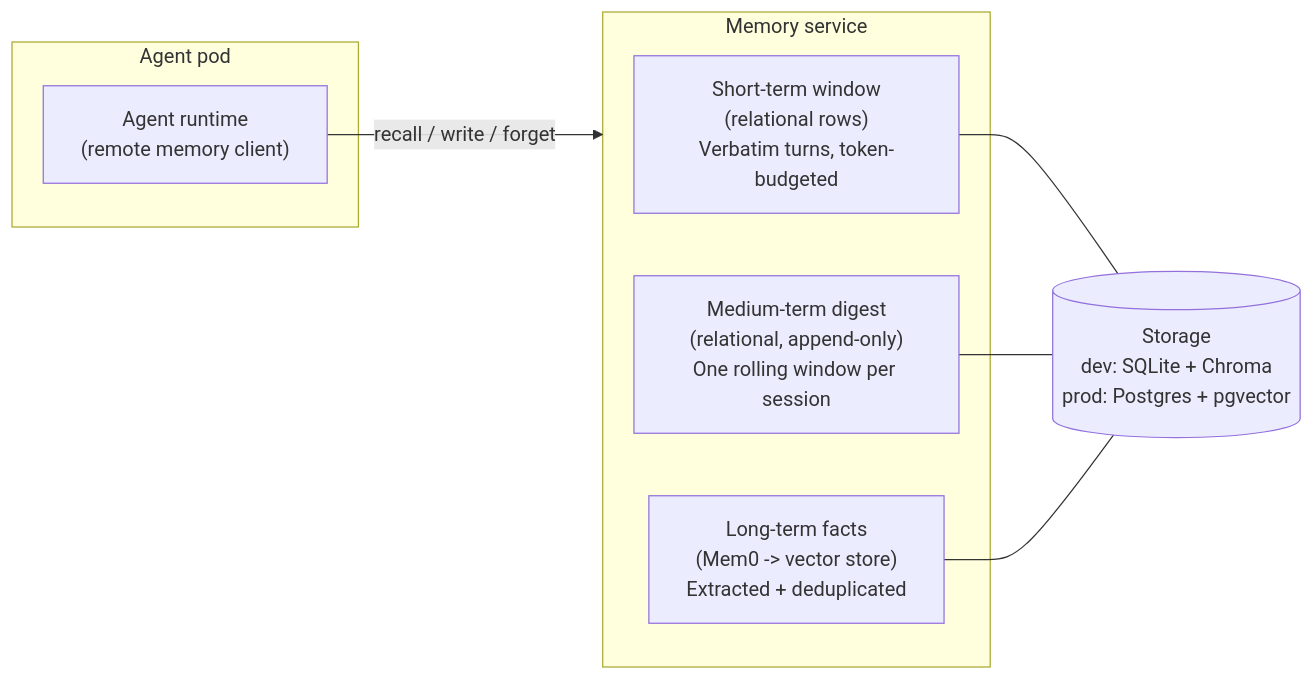
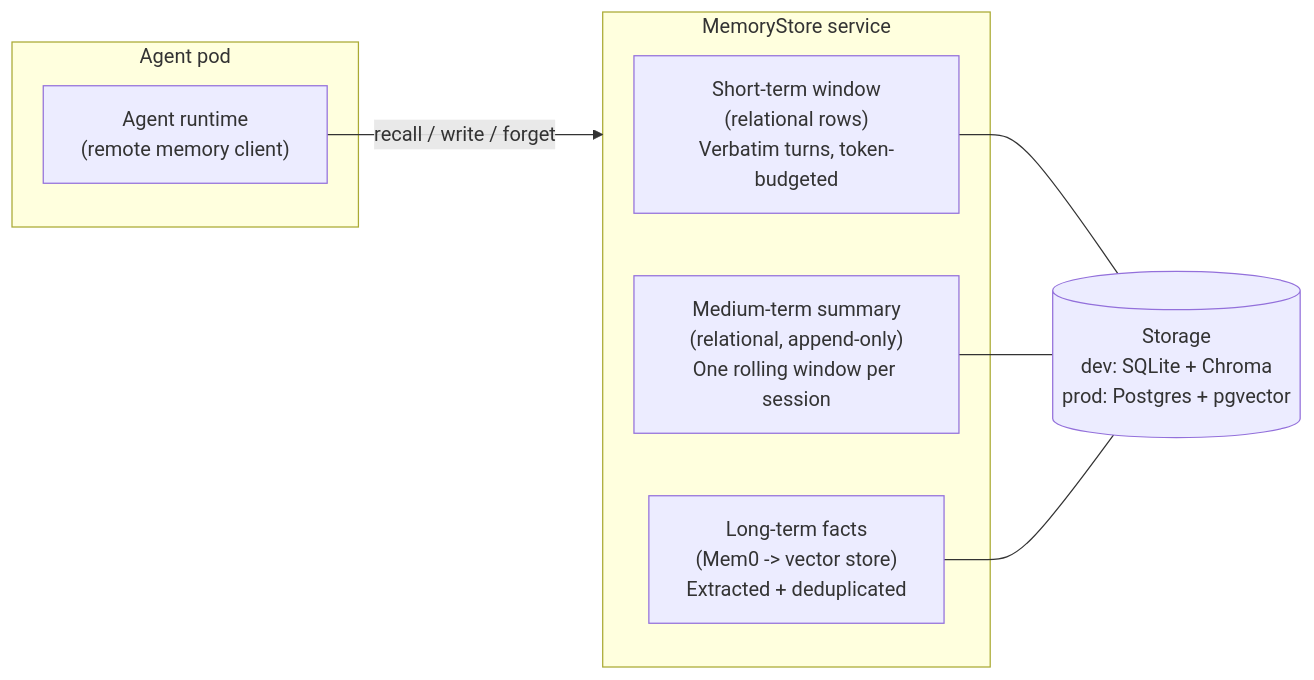
Before and after one commit to axsaucedo/kaos-adrs: the first of 3 diagrams in memory/blog/BLOGPOST_DRAFT_4.md, drawn with Mermaid. The commit also changed other lines of this file, not shown here.

````diff
--- a/memory/blog/BLOGPOST_DRAFT_4.md
+++ b/memory/blog/BLOGPOST_DRAFT_4.md
@@ -193,16 +206,16 @@
 ```mermaid
 graph LR
   subgraph agent["Agent pod"]
     rt["Agent runtime<br/>(remote memory client)"]
   end
-  subgraph svc["Memory service"]
+  subgraph svc["MemoryStore service"]
     st["Short-term window<br/>(relational rows)<br/>Verbatim turns, token-budgeted"]
-    mt["Medium-term digest<br/>(relational, append-only)<br/>One rolling window per session"]
+    mt["Medium-term summary<br/>(relational, append-only)<br/>One rolling window per session"]
     lt["Long-term facts<br/>(Mem0 -> vector store)<br/>Extracted + deduplicated"]
   end
   store[("Storage<br/>dev: SQLite + Chroma<br/>prod: Postgres + pgvector")]
   rt -->|recall / write / forget| svc
   st --- store
   mt --- store
   lt --- store
 ```
````
